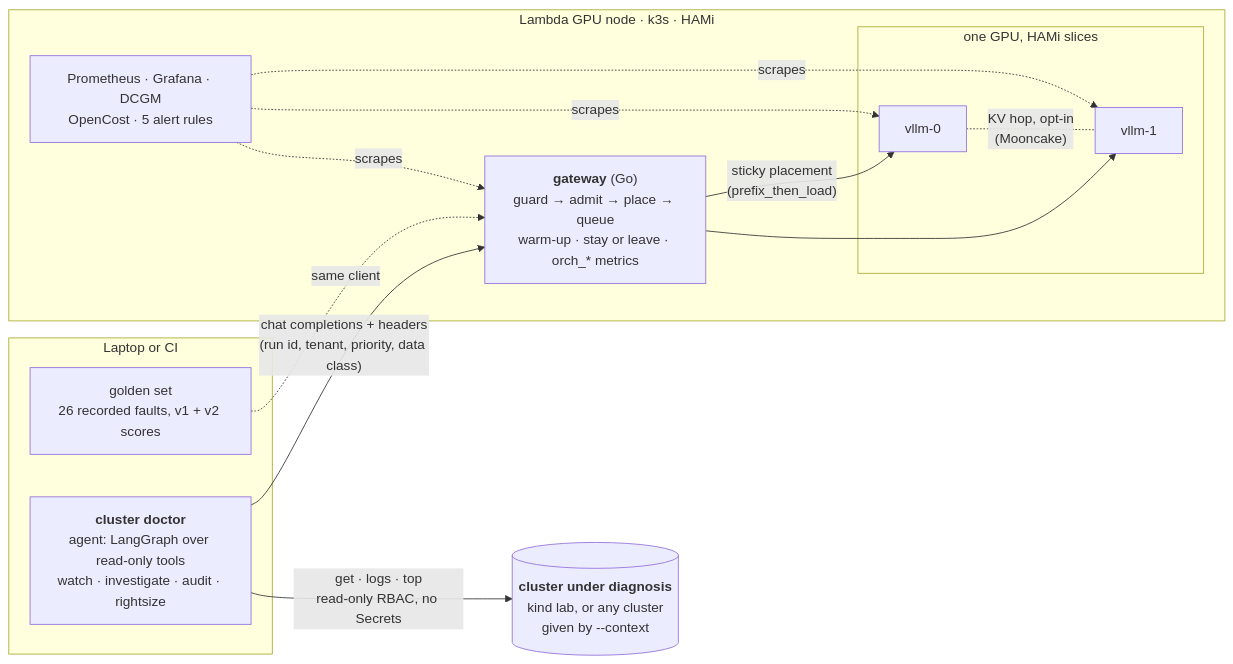
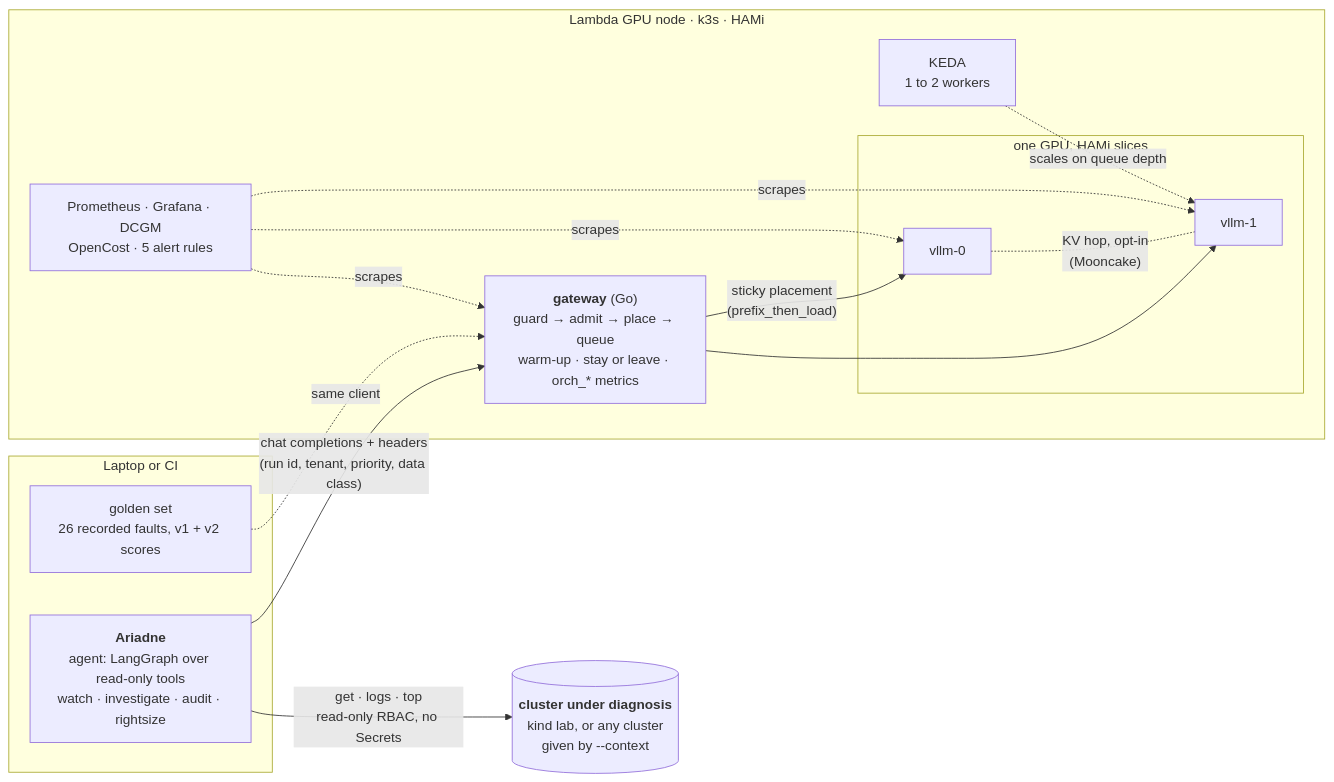
One commit to cduggn/Ariadne changed the diagram in README.md. Above: the diagram before and after it, drawn with Mermaid. The commit also changed other lines of this file and 15 other files, not shown here.

````diff
--- a/README.md
+++ b/README.md
@@ -29,28 +19,30 @@
 ```mermaid
 flowchart LR
     subgraph laptop["Laptop or CI"]
-        doctor["<b>cluster doctor</b><br/>agent: LangGraph over read-only tools<br/>watch · investigate · audit · rightsize"]
+        doctor["<b>Ariadne</b><br/>agent: LangGraph over read-only tools<br/>watch · investigate · audit · rightsize"]
         evals["golden set<br/>26 recorded faults, v1 + v2 scores"]
     end
 
     subgraph node["Lambda GPU node · k3s · HAMi"]
         gw["<b>gateway</b> (Go)<br/>guard → admit → place → queue<br/>warm-up · stay or leave · orch_* metrics"]
         subgraph gpu["one GPU, HAMi slices"]
             v0["vllm-0"]
             v1["vllm-1"]
         end
         obs["Prometheus · Grafana · DCGM<br/>OpenCost · 5 alert rules"]
+        keda["KEDA<br/>1 to 2 workers"]
     end
 
     target[("<b>cluster under diagnosis</b><br/>kind lab, or any cluster<br/>given by --context")]
 
     doctor -- "chat completions + headers<br/>(run id, tenant, priority, data class)" --> gw
     evals -. "same client" .-> gw
     gw -- "sticky placement<br/>(prefix_then_load)" --> v0
     gw --> v1
     v0 -. "KV hop, opt-in<br/>(Mooncake)" .- v1
     doctor -- "get · logs · top<br/>read-only RBAC, no Secrets" --> target
     obs -. scrapes .-> gw
     obs -. scrapes .-> v0
     obs -. scrapes .-> v1
+    keda -. "scales on queue depth" .-> v1
 ```
````
